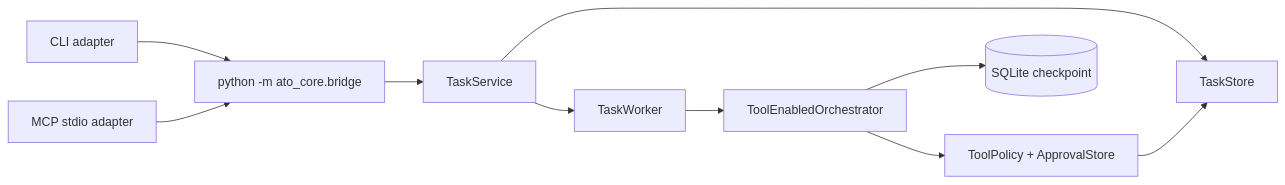
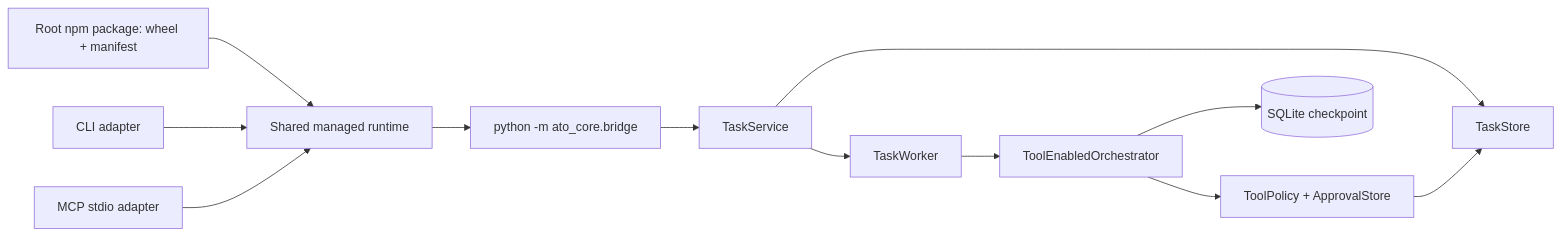
The diagram in docs/architecture.md (spacesky-cell/agent-team-orchestrator), drawn with Mermaid before and after one commit. The commit also changed other lines of this file and 13 other files, not shown here.

````diff
--- a/docs/architecture.md
+++ b/docs/architecture.md
@@ -5,12 +5,14 @@
 ```mermaid
 flowchart LR
-    CLI[CLI adapter] --> Bridge[python -m ato_core.bridge]
-    MCP[MCP stdio adapter] --> Bridge
+    Root[Root npm package: wheel + manifest] --> Runtime[Shared managed runtime]
+    Runtime --> Bridge[python -m ato_core.bridge]
+    CLI[CLI adapter] --> Runtime
+    MCP[MCP stdio adapter] --> Runtime
     Bridge --> Service[TaskService]
     Service --> Store[TaskStore]
     Service --> Worker[TaskWorker]
     Worker --> Graph[ToolEnabledOrchestrator]
     Graph --> Checkpoint[(SQLite checkpoint)]
     Graph --> Policy[ToolPolicy + ApprovalStore]
     Policy --> Store
 ```
````
